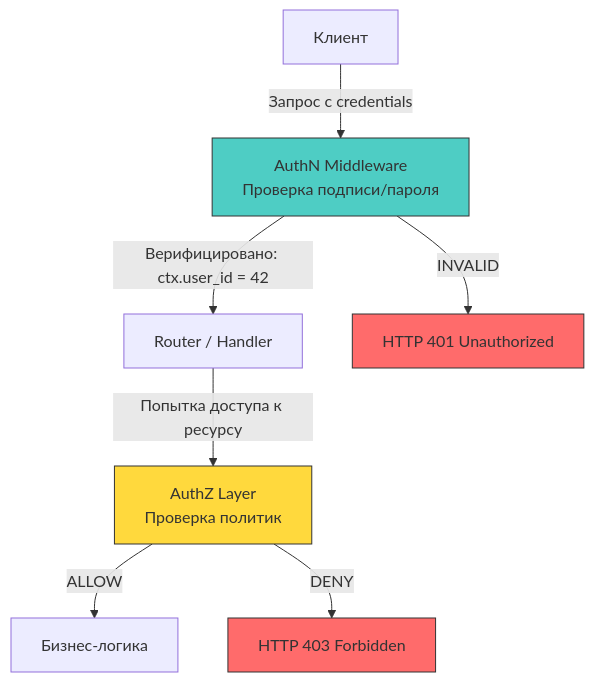
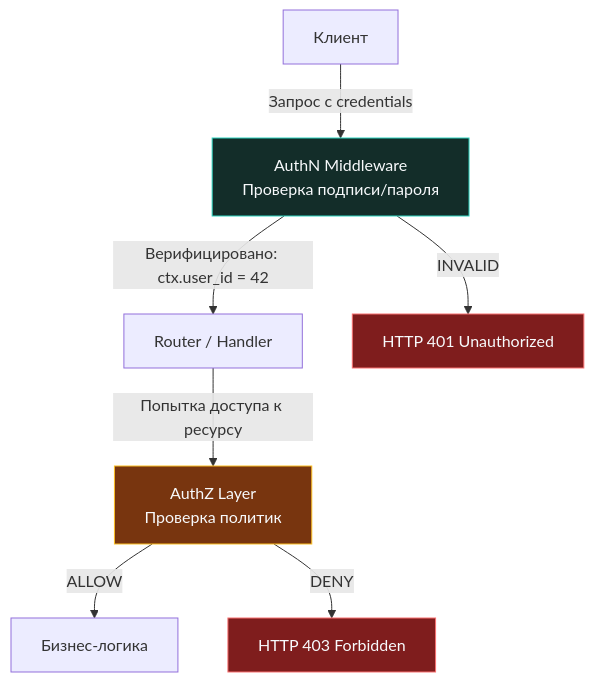
One commit to UnrealTemplier/go-textbook changed the diagram in sources/17. Безопасность (AppSec в Go)/01. Фундамент/4. Аутентификация vs авторизация.md. Above: the diagram before and after it, drawn with Mermaid. The commit also changed 310 other files, not shown here.

First line of the commit message:
fix(mermaid): replace light fill colors with dark palette for readability on dark theme

````diff
--- a/sources/17. Безопасность (AppSec в Go)/01. Фундамент/4. Аутентификация vs авторизация.md
+++ b/sources/17. Безопасность (AppSec в Go)/01. Фундамент/4. Аутентификация vs авторизация.md
@@ -20,14 +20,14 @@
 ```mermaid
 flowchart TD
     A["Клиент"] -->|"Запрос с credentials"| B["AuthN Middleware<br>Проверка подписи/пароля"]
     B -->|"Верифицировано: ctx.user_id = 42"| C["Router / Handler"]
     C -->|"Попытка доступа к ресурсу"| D["AuthZ Layer<br>Проверка политик"]
     D -->|"ALLOW"| E["Бизнес-логика"]
     D -->|"DENY"| F["HTTP 403 Forbidden"]
     B -->|"INVALID"| G["HTTP 401 Unauthorized"]
     
-    style B fill:#4ecdc4,stroke:#333
-    style D fill:#ffd93d,stroke:#333
-    style G fill:#ff6b6b,stroke:#333
-    style F fill:#ff6b6b,stroke:#333
+    style B fill:#132d29,stroke:#2dd4bf,color:#f8fafc
+    style D fill:#78350f,stroke:#fbbf24,color:#f8fafc
+    style G fill:#7f1d1d,stroke:#f87171,color:#f8fafc
+    style F fill:#7f1d1d,stroke:#f87171,color:#f8fafc
 ```
````
